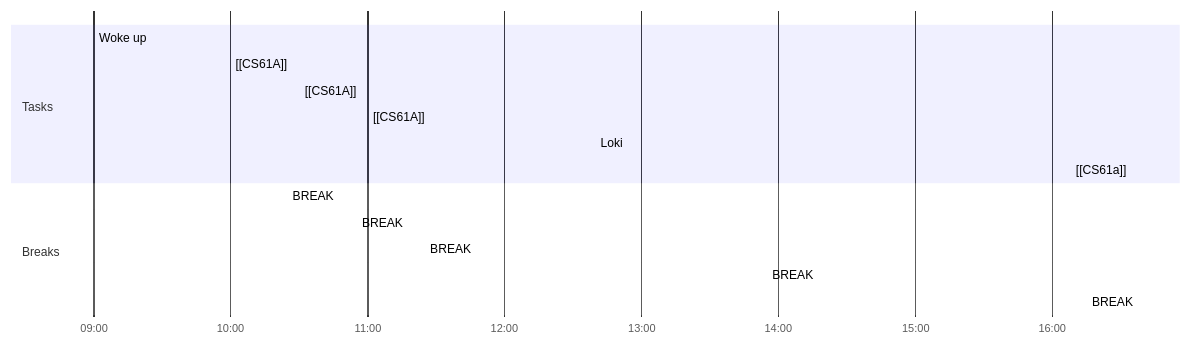
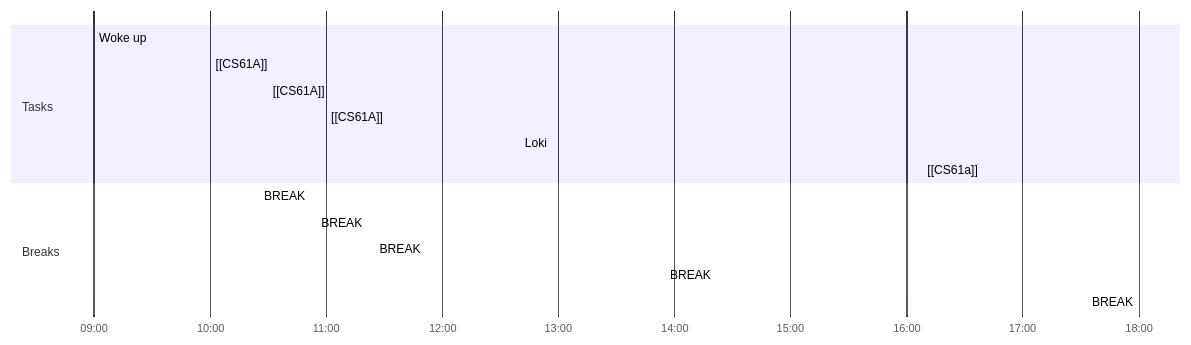
One commit to ravitejvenkataswamy/datascience changed the diagram in 2021-06-24.md. Above: the diagram before and after it, drawn with Mermaid. The commit also changed other lines of this file and 20 other files, not shown here.

````diff
--- a/2021-06-24.md
+++ b/2021-06-24.md
@@ -2,19 +2,19 @@
 ```mermaid
 gantt
     dateFormat  HH-mm
     axisFormat %H:%M
-    %% Current Time: 17:42:59
+    %% Current Time: 23:40:22
     section Tasks
     Woke up     :09-00, 60mm
     [[CS61A]]     :10-00, 25mm
     [[CS61A]]     :10-30, 25mm
     [[CS61A]]     :11-00, 25mm
     Loki     :12-40, 75mm
-    [[CS61a]]     :16-08, 30mm
+    [[CS61a]]     :16-08, 112mm
     section Breaks
     BREAK     :10-25, 5mm
     BREAK     :10-55, 5mm
     BREAK     :11-25, 75mm
     BREAK     :13-55, 133mm
-    BREAK     :16-38, 0mm
+    BREAK     :18-00, 0mm
 ```
````
